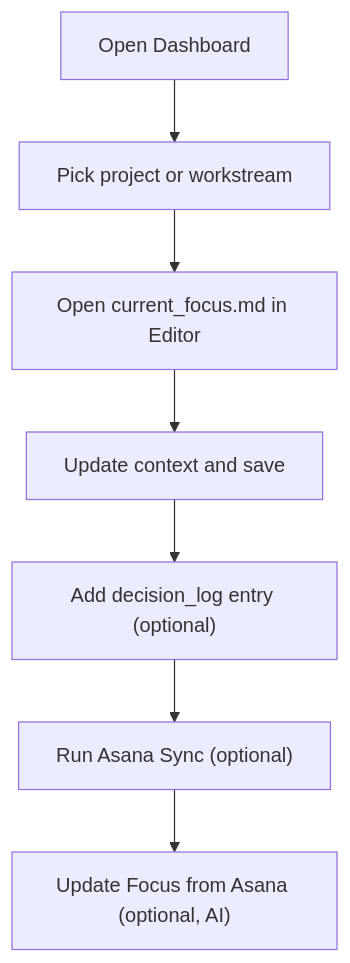
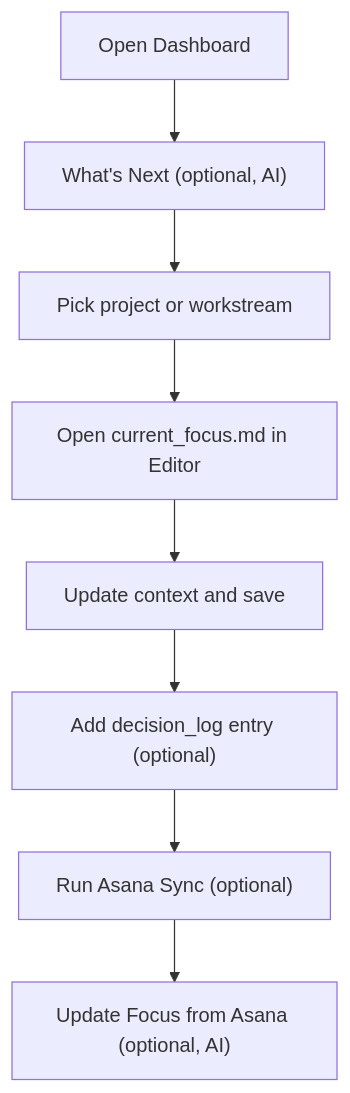
One commit to yt3trees/ProjectCurator changed the third of 4 diagrams in README.md. Above: the diagram before and after it, drawn with Mermaid. The commit also changed other lines of this file and 4 other files, not shown here.

Commit message:
feat: add AI What's Next suggestions on dashboard

````diff
--- a/README.md
+++ b/README.md
@@ -172,9 +176,10 @@
 ```mermaid
 flowchart TD
-    A["Open Dashboard"] --> B["Pick project or workstream"]
-    B --> C["Open current_focus.md in Editor"]
-    C --> D["Update context and save"]
-    D --> E["Add decision_log entry (optional)"]
-    E --> F["Run Asana Sync (optional)"]
-    F --> G["Update Focus from Asana (optional, AI)"]
+    A["Open Dashboard"] --> B["What's Next (optional, AI)"]
+    B --> C["Pick project or workstream"]
+    C --> D["Open current_focus.md in Editor"]
+    D --> E["Update context and save"]
+    E --> F["Add decision_log entry (optional)"]
+    F --> G["Run Asana Sync (optional)"]
+    G --> H["Update Focus from Asana (optional, AI)"]
 ```
````
